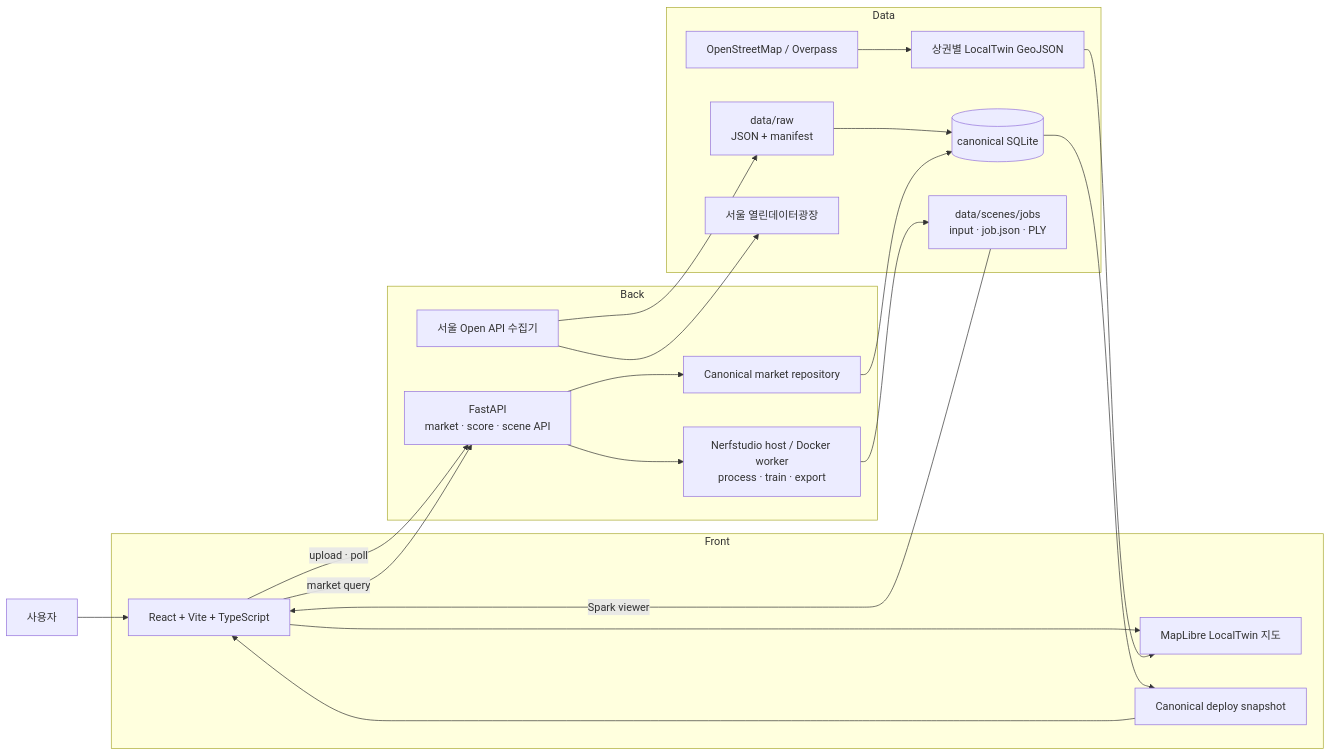
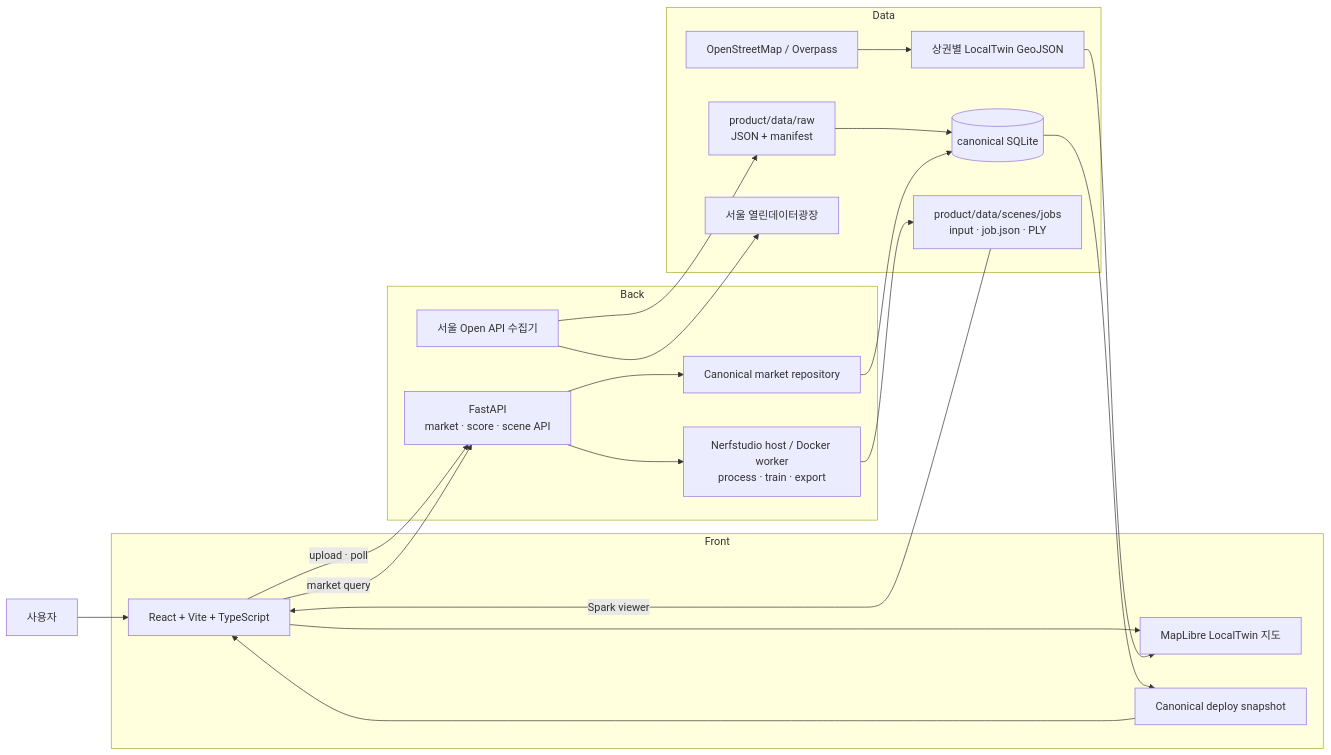
One commit to Mureung1/hub-showcase changed the first of 2 diagrams in docs/development/architecture.md. Above: the diagram before and after it, drawn with Mermaid. The commit also changed other lines of this file and 112 other files, not shown here.

````diff
--- a/docs/development/architecture.md
+++ b/docs/development/architecture.md
@@ -19,40 +19,40 @@
 ```mermaid
 flowchart LR
   user["사용자"]
 
   subgraph front["Front"]
     web["React + Vite + TypeScript"]
     map["MapLibre LocalTwin 지도"]
     fallback["Canonical deploy snapshot"]
   end
 
   subgraph back["Back"]
     api["FastAPI\nmarket · score · scene API"]
     marketRepo["Canonical market repository"]
     collector["서울 Open API 수집기"]
     sceneWorker["Nerfstudio host / Docker worker\nprocess · train · export"]
   end
 
   subgraph data["Data"]
-    raw["data/raw\nJSON + manifest"]
+    raw["product/data/raw\nJSON + manifest"]
     db[("canonical SQLite")]
     osm["OpenStreetMap / Overpass"]
     mapdata["상권별 LocalTwin GeoJSON"]
     seoul["서울 열린데이터광장"]
-    sceneJobs["data/scenes/jobs\ninput · job.json · PLY"]
+    sceneJobs["product/data/scenes/jobs\ninput · job.json · PLY"]
   end
 
   user --> web
   web --> map
   db --> fallback --> web
   osm --> mapdata --> map
   collector --> seoul
   collector --> raw
   web -->|"upload · poll"| api
   web -->|"market query"| api
   raw --> db
   api --> marketRepo --> db
   api --> sceneWorker
   sceneWorker --> sceneJobs
   sceneJobs -->|"Spark viewer"| web
 ```
````
